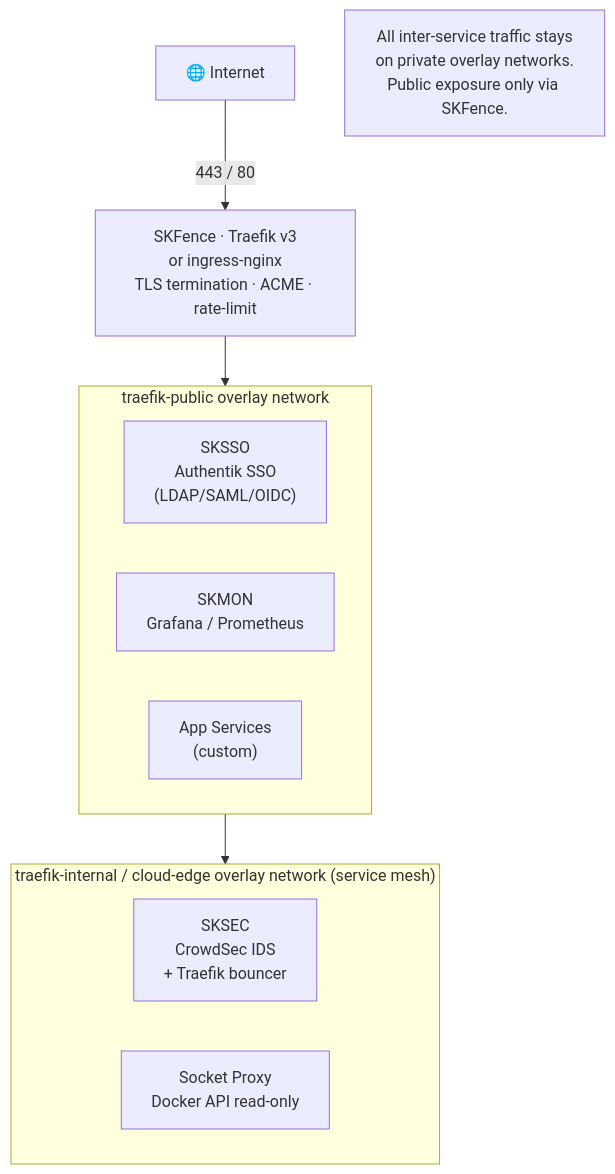
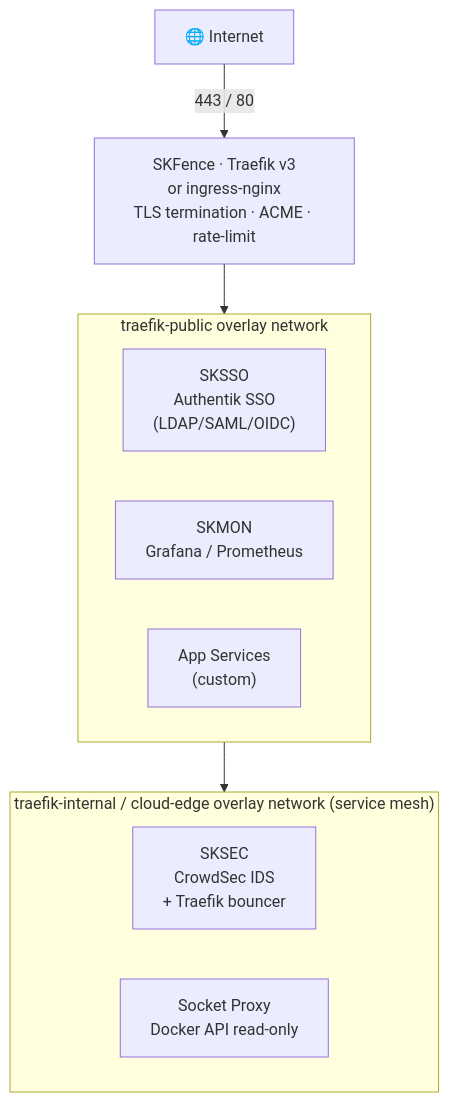
The sixth of 7 diagrams in v2/ARCHITECTURE.md (smilinTux/skstacks), drawn with Mermaid before and after one commit. The commit also changed other lines of this file, not shown here.

First line of the commit message:
fix(docs): repair broken Mermaid diagrams in ARCHITECTURE.md

````diff
--- a/v2/ARCHITECTURE.md
+++ b/v2/ARCHITECTURE.md
@@ -265,23 +265,21 @@
 ```mermaid
 flowchart TD
     INT["🌐 Internet"]
     SF["SKFence · Traefik v3\nor ingress-nginx\nTLS termination · ACME · rate-limit"]
     INT -->|"443 / 80"| SF
 
     subgraph PUB["traefik-public overlay network"]
         SSO["SKSSO\nAuthentik SSO\n(LDAP/SAML/OIDC)"]
         MON["SKMON\nGrafana / Prometheus"]
         APPS["App Services\n(custom)"]
     end
 
     SF --> PUB
 
     subgraph EDGE["traefik-internal / cloud-edge overlay network  (service mesh)"]
         SKSEC["SKSEC\nCrowdSec IDS\n+ Traefik bouncer"]
         SOCK["Socket Proxy\nDocker API read-only"]
     end
 
     PUB --> EDGE
-
-    NOTE["All inter-service traffic stays\non private overlay networks.\nPublic exposure only via SKFence."]
 ```
````
